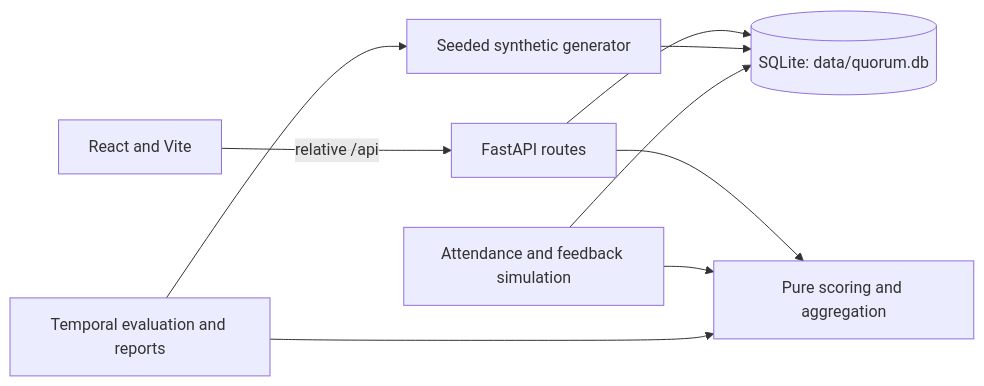
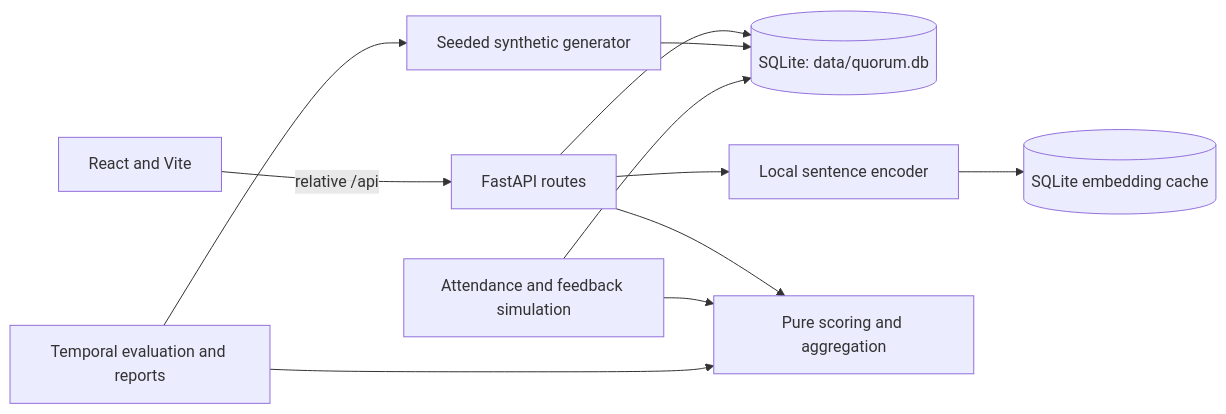
Before and after one commit to SanskarG-20/Qourum: the diagram in README.md, drawn with Mermaid. The commit also changed other lines of this file and 46 other files, not shown here.

````diff
--- a/README.md
+++ b/README.md
@@ -65,19 +66,23 @@
 ```mermaid
 flowchart LR
     Browser[React and Vite]
     API[FastAPI routes]
     Store[(SQLite: data/quorum.db)]
+    Embed[Local sentence encoder]
+    Cache[(SQLite embedding cache)]
     Rec[Pure scoring and aggregation]
     Gen[Seeded synthetic generator]
     Sim[Attendance and feedback simulation]
     Eval[Temporal evaluation and reports]
 
     Browser -->|relative /api| API
     API --> Store
+    API --> Embed
+    Embed --> Cache
     API --> Rec
     Gen --> Store
     Sim --> Rec
     Sim --> Store
     Eval --> Gen
     Eval --> Rec
 ```
````
